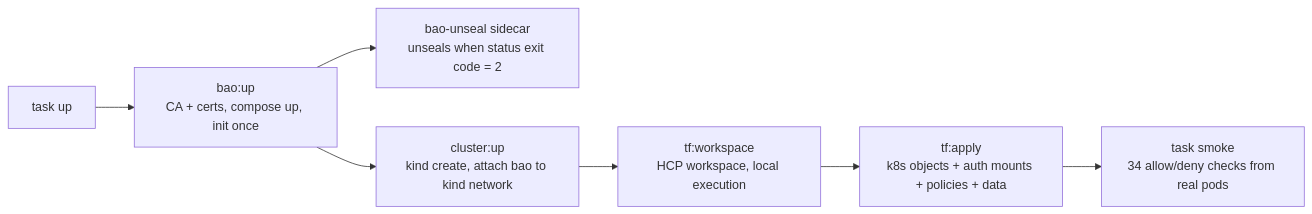
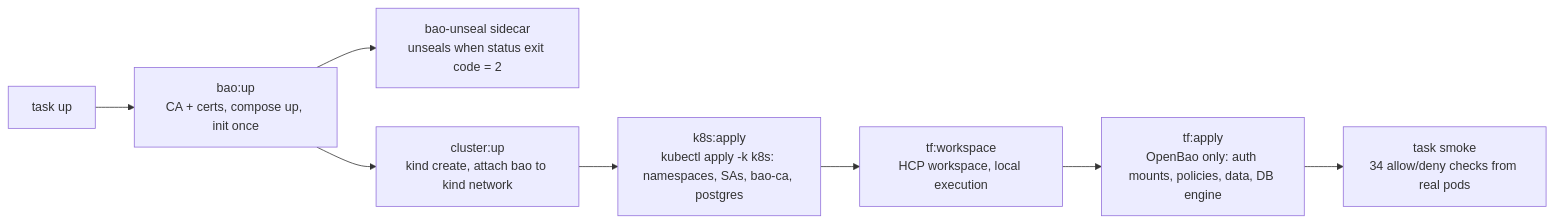
Before and after one commit to tilraunastofan/kind-vault-lab: the fourth of 4 diagrams in docs/DIAGRAMS.md, drawn with Mermaid. The commit also changed 31 other files, not shown here.

First line of the commit message:
Move Kubernetes-only resources from Terraform to Kustomize (k8s/); Terraform is OpenBao-only

````diff
--- a/docs/DIAGRAMS.md
+++ b/docs/DIAGRAMS.md
@@ -88,9 +88,10 @@
 ```mermaid
 flowchart LR
     T[task up] --> BU[bao:up<br/>CA + certs, compose up, init once]
     BU --> US[bao-unseal sidecar<br/>unseals when status exit code = 2]
     BU --> CL[cluster:up<br/>kind create, attach bao to kind network]
-    CL --> WS[tf:workspace<br/>HCP workspace, local execution]
-    WS --> TF[tf:apply<br/>k8s objects + auth mounts + policies + data]
+    CL --> K8[k8s:apply<br/>kubectl apply -k k8s: namespaces, SAs, bao-ca, postgres]
+    K8 --> WS[tf:workspace<br/>HCP workspace, local execution]
+    WS --> TF[tf:apply<br/>OpenBao only: auth mounts, policies, data, DB engine]
     TF --> SM[task smoke<br/>34 allow/deny checks from real pods]
 ```
````
